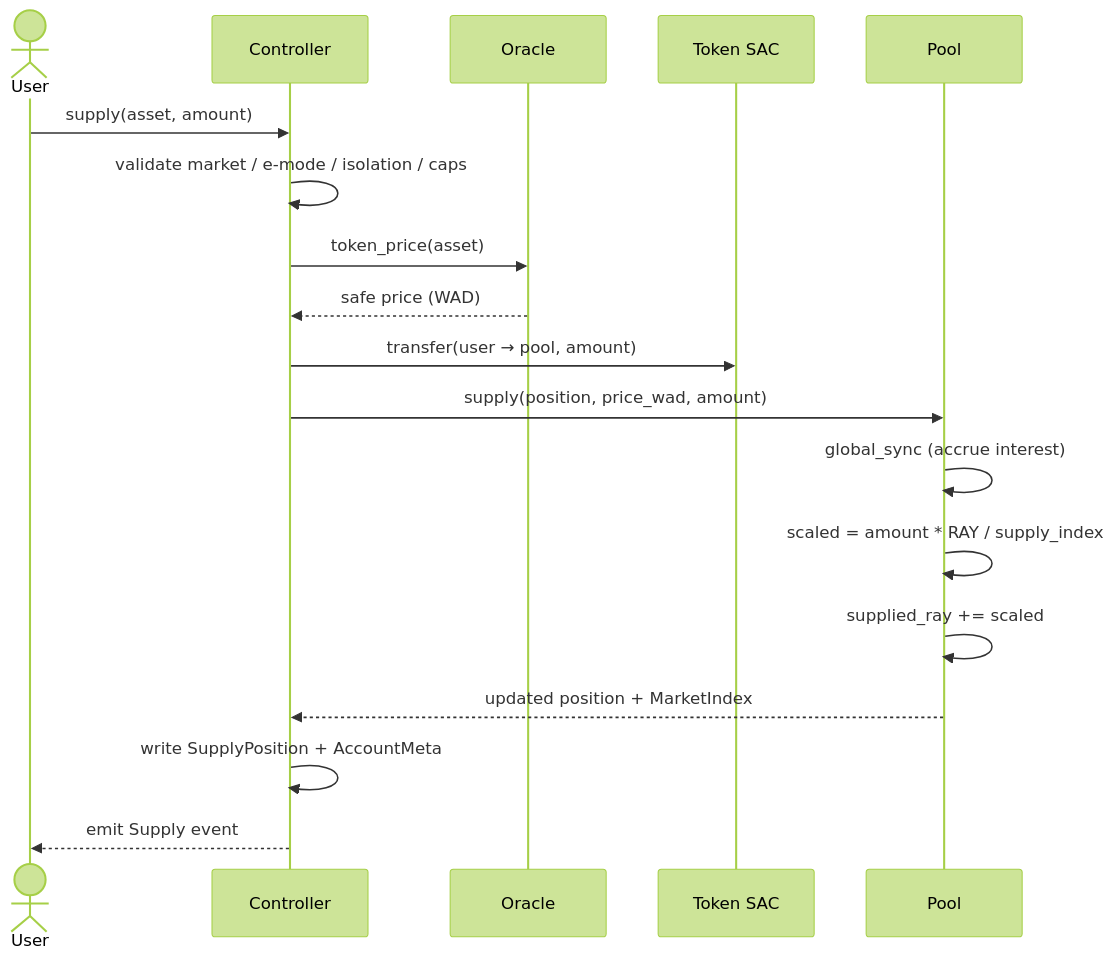
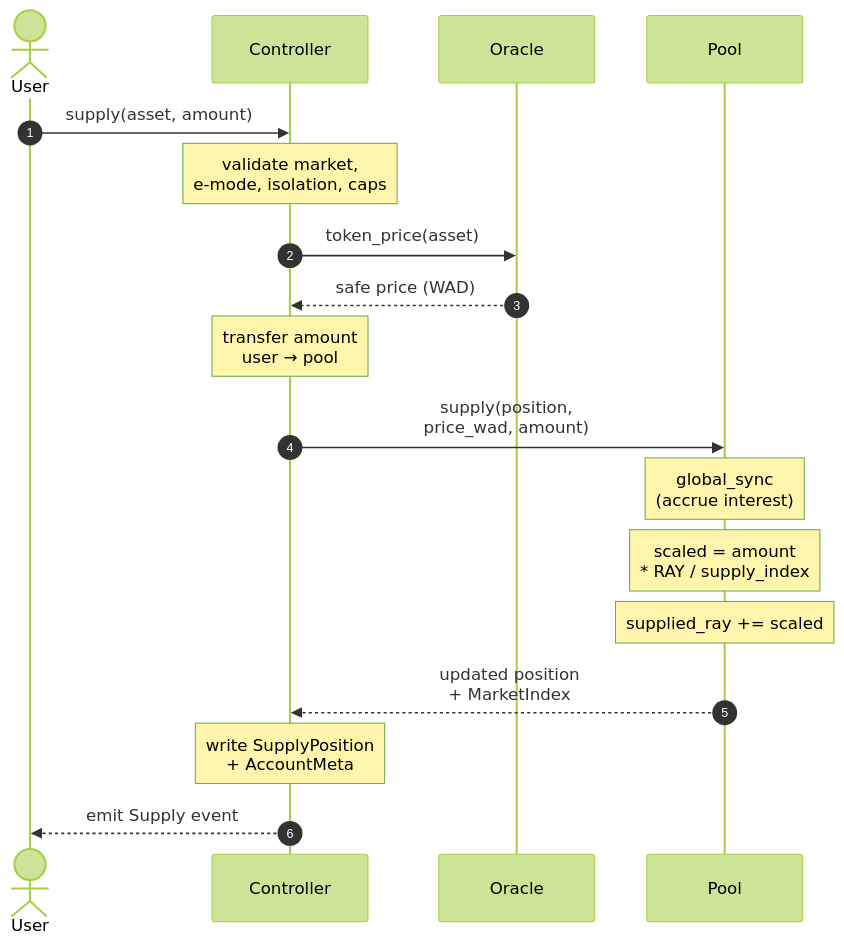
One commit to XOXNO/rs-lending-xlm changed the second of 9 diagrams in architecture/ARCHITECTURE.md. Above: the diagram before and after it, drawn with Mermaid (forest theme). The commit also changed other lines of this file and 118 other files, not shown here.

````diff
--- a/architecture/ARCHITECTURE.md
+++ b/architecture/ARCHITECTURE.md
@@ -151,21 +118,21 @@
 ```mermaid
 sequenceDiagram
+    autonumber
     actor U as User
     participant C as Controller
     participant O as Oracle
-    participant T as Token SAC
     participant P as Pool
 
     U->>C: supply(asset, amount)
-    C->>C: validate market / e-mode / isolation / caps
+    Note over C: validate market,<br/>e-mode, isolation, caps
     C->>O: token_price(asset)
     O-->>C: safe price (WAD)
-    C->>T: transfer(user → pool, amount)
-    C->>P: supply(position, price_wad, amount)
-    P->>P: global_sync (accrue interest)
-    P->>P: scaled = amount * RAY / supply_index
-    P->>P: supplied_ray += scaled
-    P-->>C: updated position + MarketIndex
-    C->>C: write SupplyPosition + AccountMeta
+    Note over C: transfer amount<br/>user → pool
+    C->>P: supply(position,<br/>price_wad, amount)
+    Note over P: global_sync<br/>(accrue interest)
+    Note over P: scaled = amount<br/>* RAY / supply_index
+    Note over P: supplied_ray += scaled
+    P-->>C: updated position<br/>+ MarketIndex
+    Note over C: write SupplyPosition<br/>+ AccountMeta
     C-->>U: emit Supply event
 ```
````
